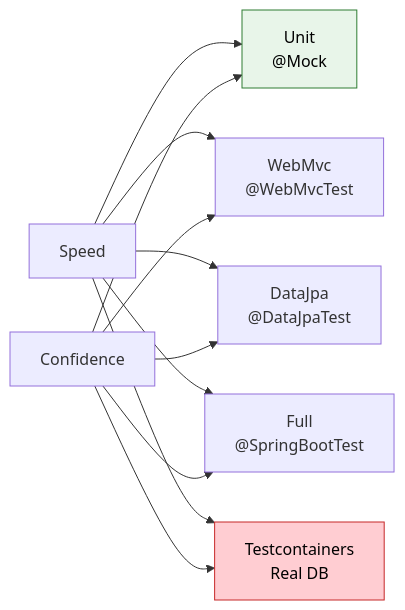
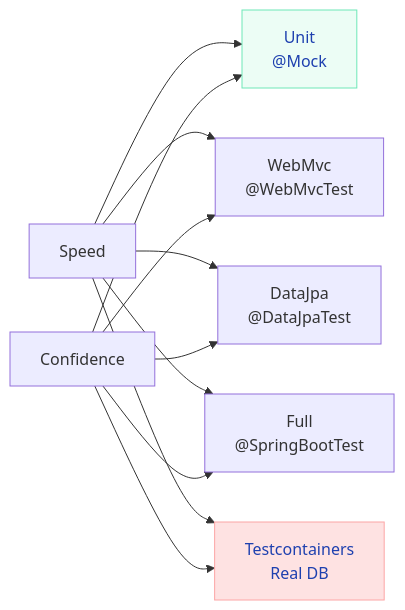
The second of 2 diagrams in docs/springboot/testing.md (saivamsikaruturi/vamsilabs-dev-notes-main), drawn with Mermaid before and after one commit. The commit also changed other lines of this file and 220 other files, not shown here.

First line of the commit message:
Add 50+ new Java/Spring Boot pages, rewrite CSS code blocks to Oracle style, fix all diagram colors

````diff
--- a/docs/springboot/testing.md
+++ b/docs/springboot/testing.md
@@ -769,17 +769,17 @@
 ```mermaid
 flowchart LR
     Speed["Speed"] --> Unit["Unit<br/>@Mock"]
     Speed --> Web["WebMvc<br/>@WebMvcTest"]
     Speed --> Data["DataJpa<br/>@DataJpaTest"]
     Speed --> Full["Full<br/>@SpringBootTest"]
     Speed --> TC["Testcontainers<br/>Real DB"]
 
     Confidence["Confidence"] --> TC
     Confidence --> Full
     Confidence --> Data
     Confidence --> Web
     Confidence --> Unit
 
-    style Unit fill:#E8F5E9,stroke:#2E7D32,color:#000
-    style TC fill:#FFCDD2,stroke:#C62828,color:#000
+    style Unit fill:#ECFDF5,stroke:#6EE7B7,color:#1E40AF
+    style TC fill:#FEE2E2,stroke:#FCA5A5,color:#1E40AF
 ```
````
